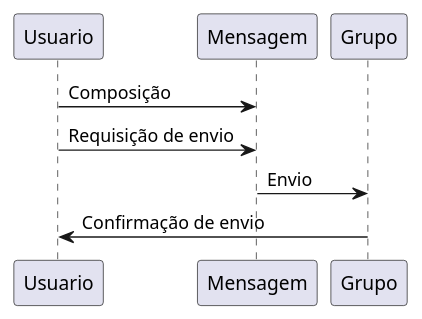
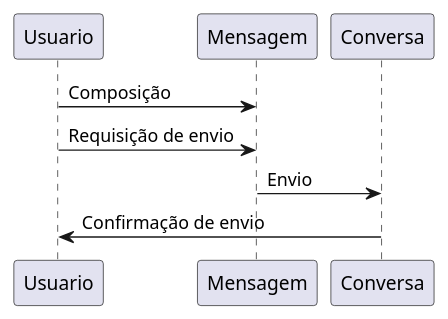
The diagram in docs/envio_mensagem.puml (DhiegoV/Dez-seis), drawn with PlantUML before and after one commit. The commit also changed 7 other files, not shown here.

Commit message:
adicionando .png's dos diagramas e atualizando-os

```diff
--- a/docs/envio_mensagem.puml
+++ b/docs/envio_mensagem.puml
@@ -1,8 +1,8 @@
 @startuml
 
 Usuario -> Mensagem: Composição
 Usuario -> Mensagem: Requisição de envio
-Mensagem -> Grupo: Envio
-Usuario <- Grupo: Confirmação de envio
+Mensagem -> Conversa: Envio
+Usuario <- Conversa: Confirmação de envio
 
 @enduml
```
